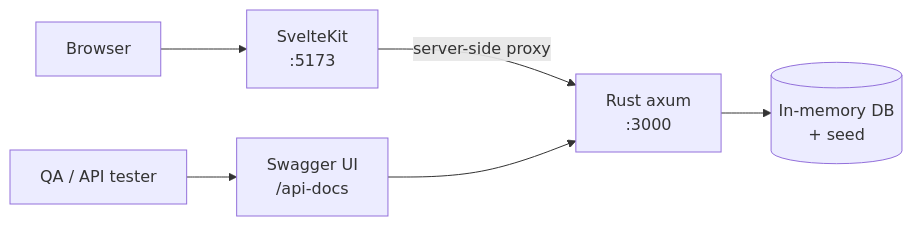
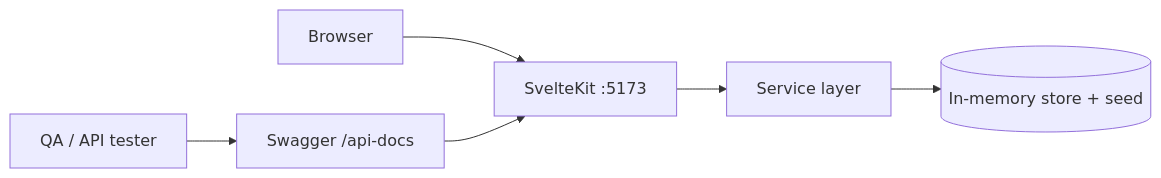
One commit to utain/insured-agent-labs changed the diagram in README.md. Above: the diagram before and after it, drawn with Mermaid. The commit also changed other lines of this file and 193 other files, not shown here.

````diff
--- a/README.md
+++ b/README.md
@@ -22,8 +26,8 @@
 ```mermaid
 flowchart LR
-    Browser[Browser] --> SK[SvelteKit<br/>:5173]
-    SK -- server-side proxy --> API[Rust axum<br/>:3000]
-    API --> DB[(In-memory DB<br/>+ seed)]
-    Tester[QA / API tester] --> SW[Swagger UI<br/>/api-docs]
-    SW --> API
+    Browser[Browser] --> SK[SvelteKit :5173]
+    Tester[QA / API tester] --> SW[Swagger /api-docs]
+    SW --> SK
+    SK --> SVC[Service layer]
+    SVC --> DB[(In-memory store + seed)]
 ```
````
